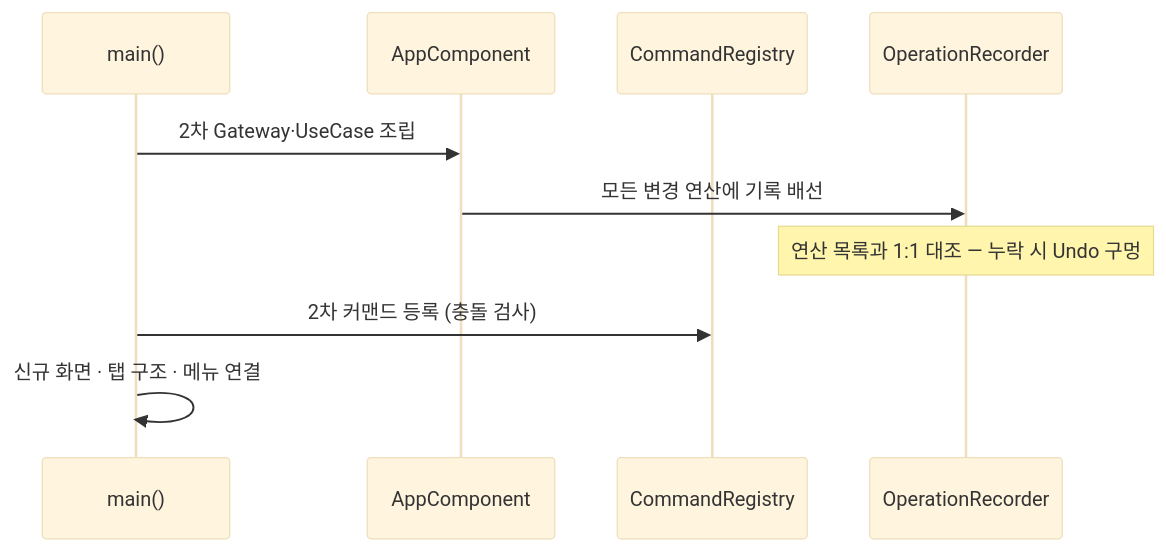
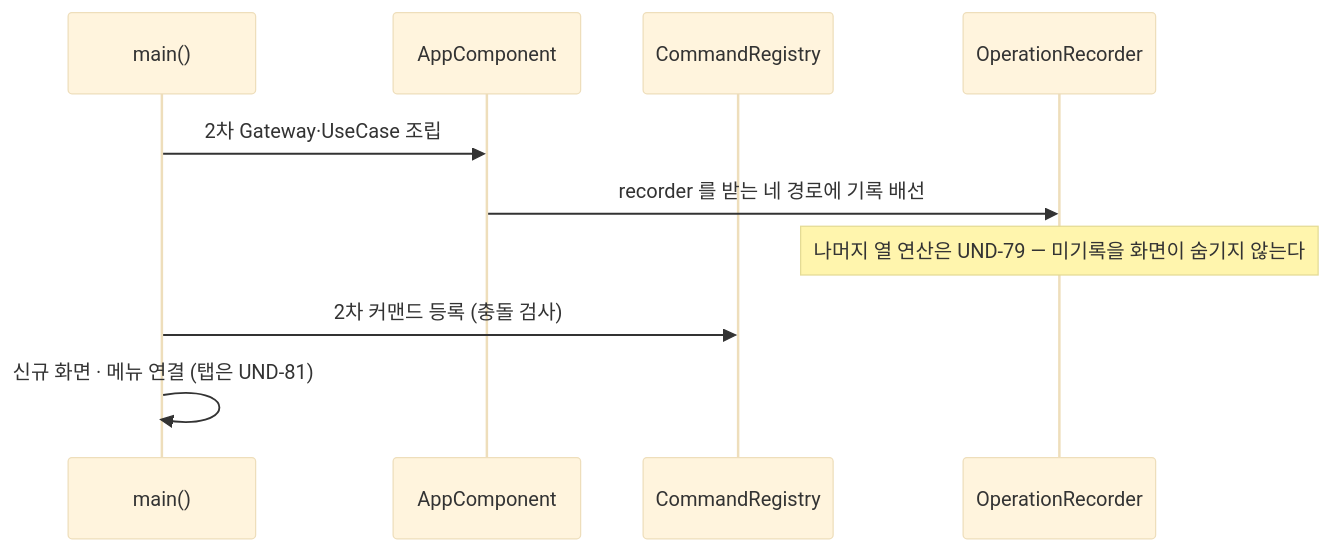
Before and after one commit to biuea3866/gitkraken-clone-app: the first of 2 diagrams in tickets/UND-51-wiring-phase2.md, drawn with Mermaid (base theme). The commit also changed other lines of this file and 16 other files, not shown here.

````diff
--- a/tickets/UND-51-wiring-phase2.md
+++ b/tickets/UND-51-wiring-phase2.md
@@ -32,12 +41,12 @@
 ```mermaid
 sequenceDiagram
     participant Main as main()
     participant DI as AppComponent
     participant Cmd as CommandRegistry
     participant Rec as OperationRecorder
     Main->>DI: 2차 Gateway·UseCase 조립
-    DI->>Rec: 모든 변경 연산에 기록 배선
-    Note over Rec: 연산 목록과 1:1 대조 — 누락 시 Undo 구멍
+    DI->>Rec: recorder 를 받는 네 경로에 기록 배선
+    Note over Rec: 나머지 열 연산은 UND-79 — 미기록을 화면이 숨기지 않는다
     Main->>Cmd: 2차 커맨드 등록 (충돌 검사)
-    Main->>Main: 신규 화면 · 탭 구조 · 메뉴 연결
+    Main->>Main: 신규 화면 · 메뉴 연결 (탭은 UND-81)
 ```
````
